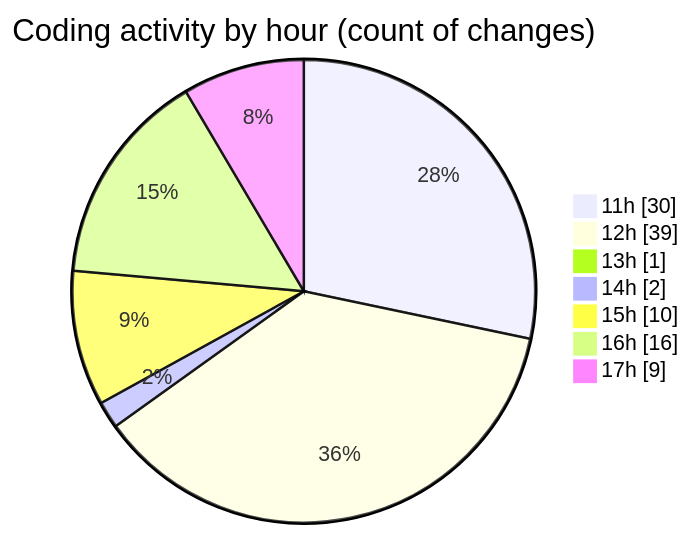
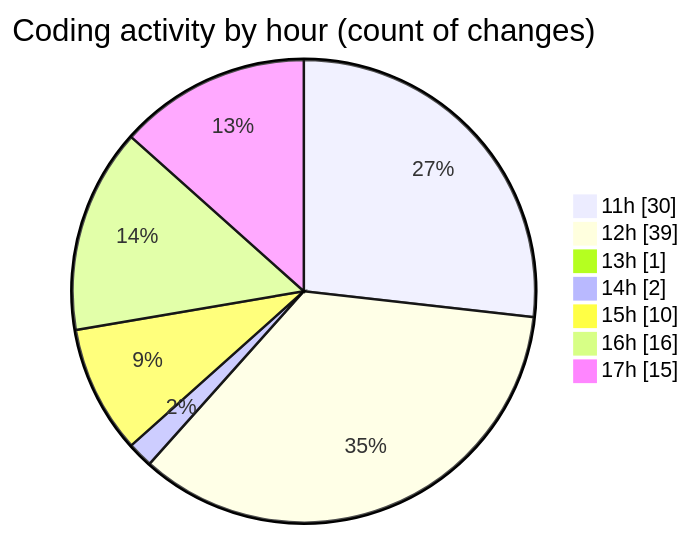
Before and after one commit to nxtqubesakshisongat/code-tracking: the second of 2 diagrams in 2025-07-13/argos/README.md, drawn with Mermaid. The commit also changed other lines of this file and 1 other file, not shown here.

````diff
--- a/2025-07-13/argos/README.md
+++ b/2025-07-13/argos/README.md
@@ -31,11 +31,11 @@
 ```mermaid
 pie showData
 title Coding activity by hour (count of changes)
 "11h" : 30
 "12h" : 39
 "13h" : 1
 "14h" : 2
 "15h" : 10
 "16h" : 16
-"17h" : 9
+"17h" : 15
 ```
````
